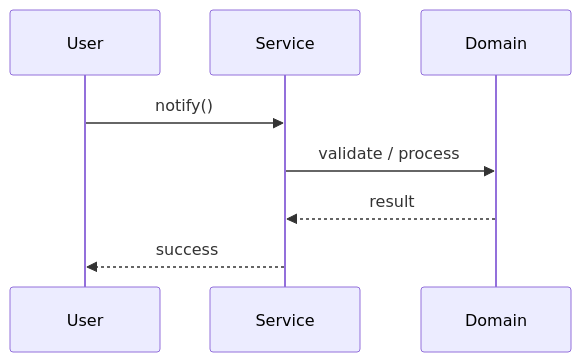
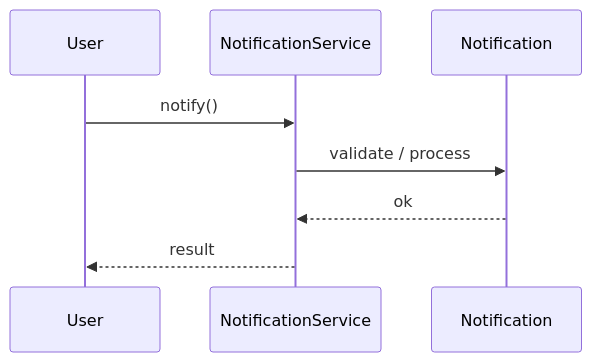
Before and after one commit to madhupaila/Interview-Prep-SSE: the second of 3 diagrams in Learn/System Design - Low Level Design/02-classic-ood/questions/Q25-notification-system.md, drawn with Mermaid. The commit also changed other lines of this file and 491 other files, not shown here.

````diff
--- a/Learn/System Design - Low Level Design/02-classic-ood/questions/Q25-notification-system.md
+++ b/Learn/System Design - Low Level Design/02-classic-ood/questions/Q25-notification-system.md
@@ -122,10 +148,10 @@
 ```mermaid
 sequenceDiagram
-    participant U as User
-    participant S as Service
-    participant D as Domain
-    U->>S: notify()
-    S->>D: validate / process
-    D-->>S: result
-    S-->>U: success
+participant U as User
+participant S as NotificationService
+participant D as Notification
+U->>S: notify()
+S->>D: validate / process
+D-->>S: ok
+S-->>U: result
 ```
````
